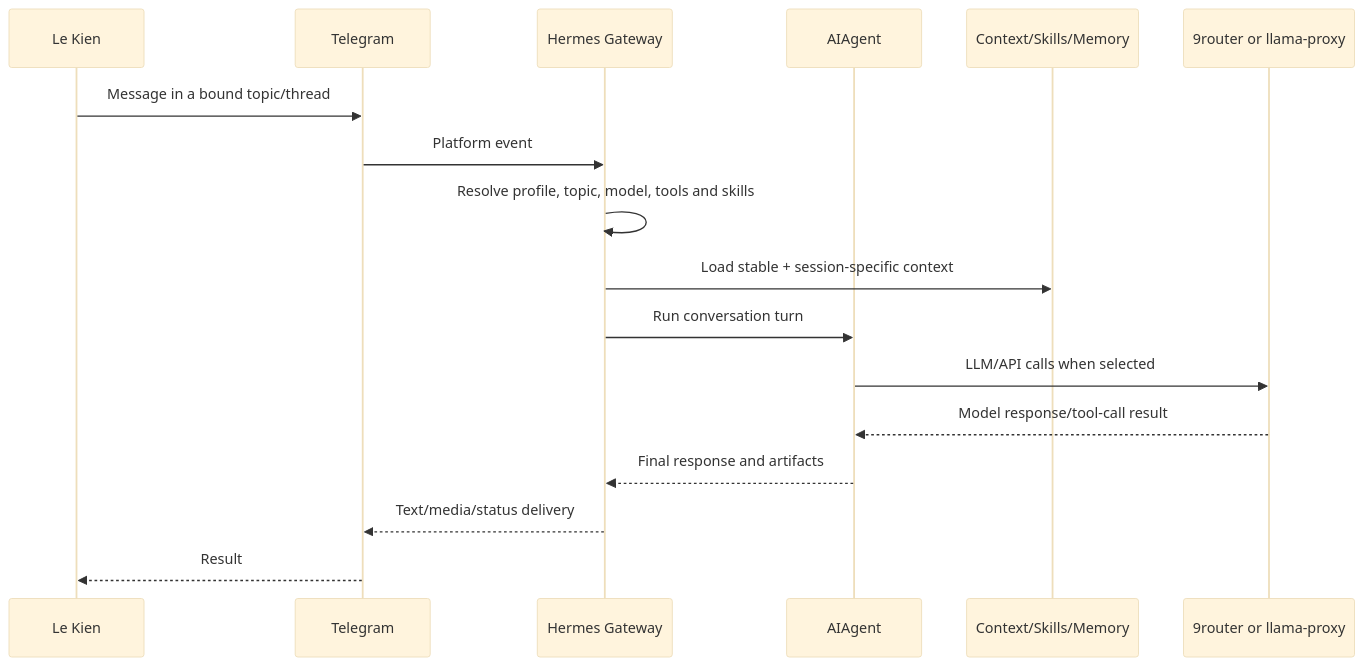
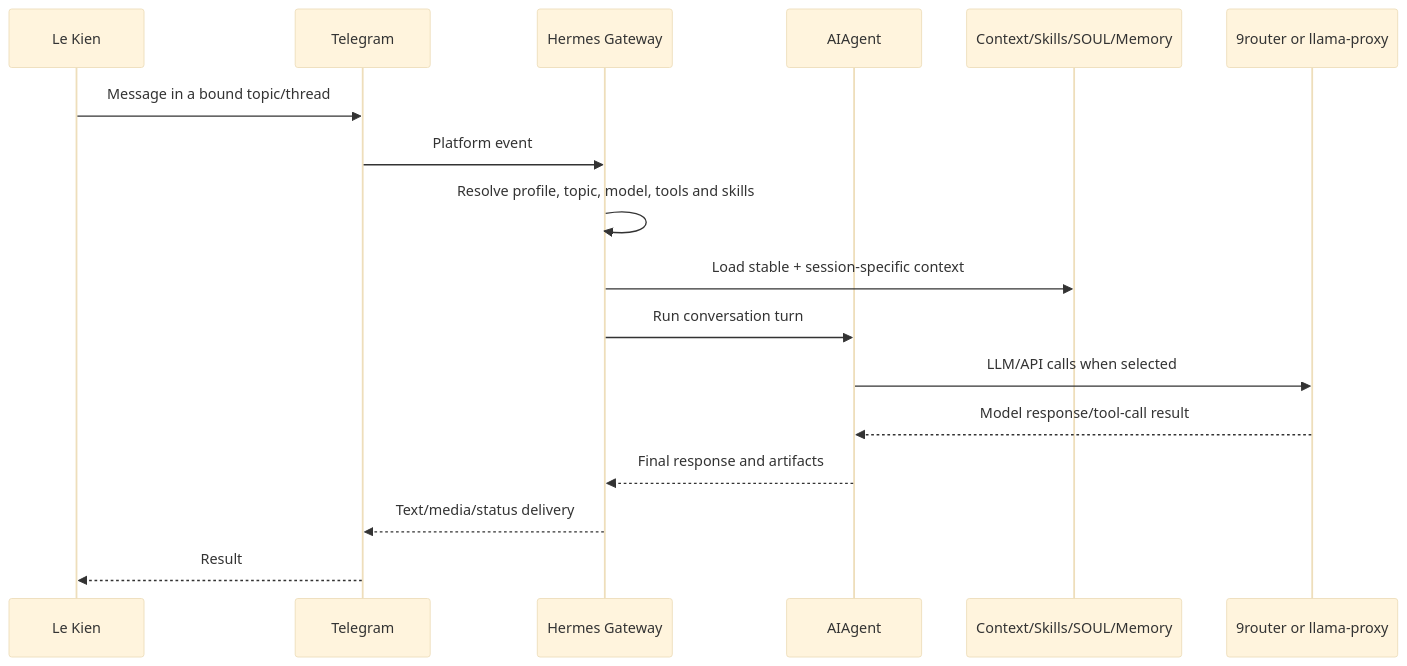
One commit to Carrie111998/Hermes changed the second of 3 diagrams in README.md. Above: the diagram before and after it, drawn with Mermaid (base theme). The commit also changed other lines of this file, not shown here.

````diff
--- a/README.md
+++ b/README.md
@@ -120,20 +169,20 @@
 ```mermaid
 sequenceDiagram
     participant Owner as Le Kien
     participant Telegram
     participant Gateway as Hermes Gateway
     participant Agent as AIAgent
-    participant Context as Context/Skills/Memory
+    participant Context as Context/Skills/SOUL/Memory
     participant Router as 9router or llama-proxy
 
     Owner->>Telegram: Message in a bound topic/thread
     Telegram->>Gateway: Platform event
     Gateway->>Gateway: Resolve profile, topic, model, tools and skills
     Gateway->>Context: Load stable + session-specific context
     Gateway->>Agent: Run conversation turn
     Agent->>Router: LLM/API calls when selected
     Router-->>Agent: Model response/tool-call result
     Agent-->>Gateway: Final response and artifacts
     Gateway-->>Telegram: Text/media/status delivery
     Telegram-->>Owner: Result
 ```
````
